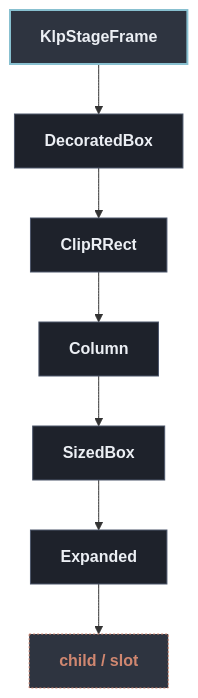
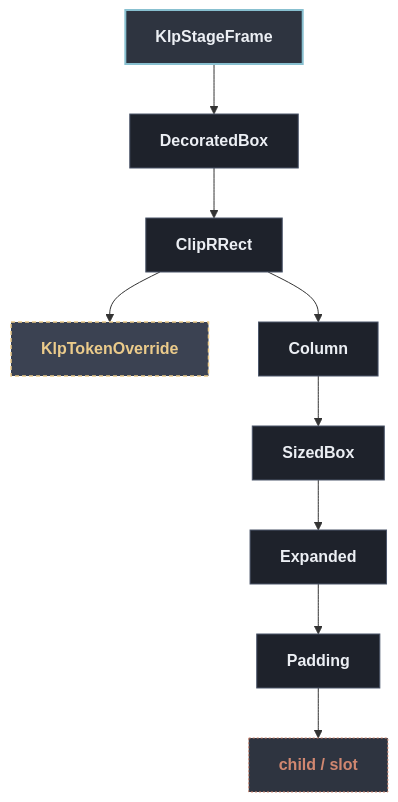
Before and after one commit to MiuDog/Kallopis: the diagram in docs/architecture/components/shell/klp_stage_frame.md, drawn with Mermaid. The commit also changed other lines of this file and 123 other files, not shown here.

First line of the commit message:
docs(architecture): regenerate per-component trees, unbreak the generator

````diff
--- a/docs/architecture/components/shell/klp_stage_frame.md
+++ b/docs/architecture/components/shell/klp_stage_frame.md
@@ -13,22 +13,26 @@
 ```mermaid
 flowchart TD
   classDef default fill:#1E222B,stroke:#4C566A,stroke-width:1px,color:#ECEFF4;
   classDef root fill:#2E3440,stroke:#88C0D0,stroke-width:2px,color:#ECEFF4,font-weight:bold;
   classDef reference fill:#3B4252,stroke:#EBCB8B,stroke-width:1.5px,stroke-dasharray: 4 3,color:#EBCB8B;
   classDef container fill:#2E3440,stroke:#A3BE8C,stroke-width:1.5px,color:#A3BE8C;
   classDef slot fill:#2E3440,stroke:#D08770,stroke-width:1px,stroke-dasharray: 2 2,color:#D08770;
 
   root["KlpStageFrame"]:::root
   n1["DecoratedBox"]
   root --> n1
   n2["ClipRRect"]
   n1 --> n2
-  n3["Column"]
+  n3["KlpTokenOverride"]:::reference
   n2 --> n3
-  n4["SizedBox"]
-  n3 --> n4
-  n5["Expanded"]
+  n4["Column"]
+  n2 --> n4
+  n5["SizedBox"]
   n4 --> n5
-  n6["child / slot"]:::slot
+  n6["Expanded"]
   n5 --> n6
+  n7["Padding"]
+  n6 --> n7
+  n8["child / slot"]:::slot
+  n7 --> n8
 ```
````
